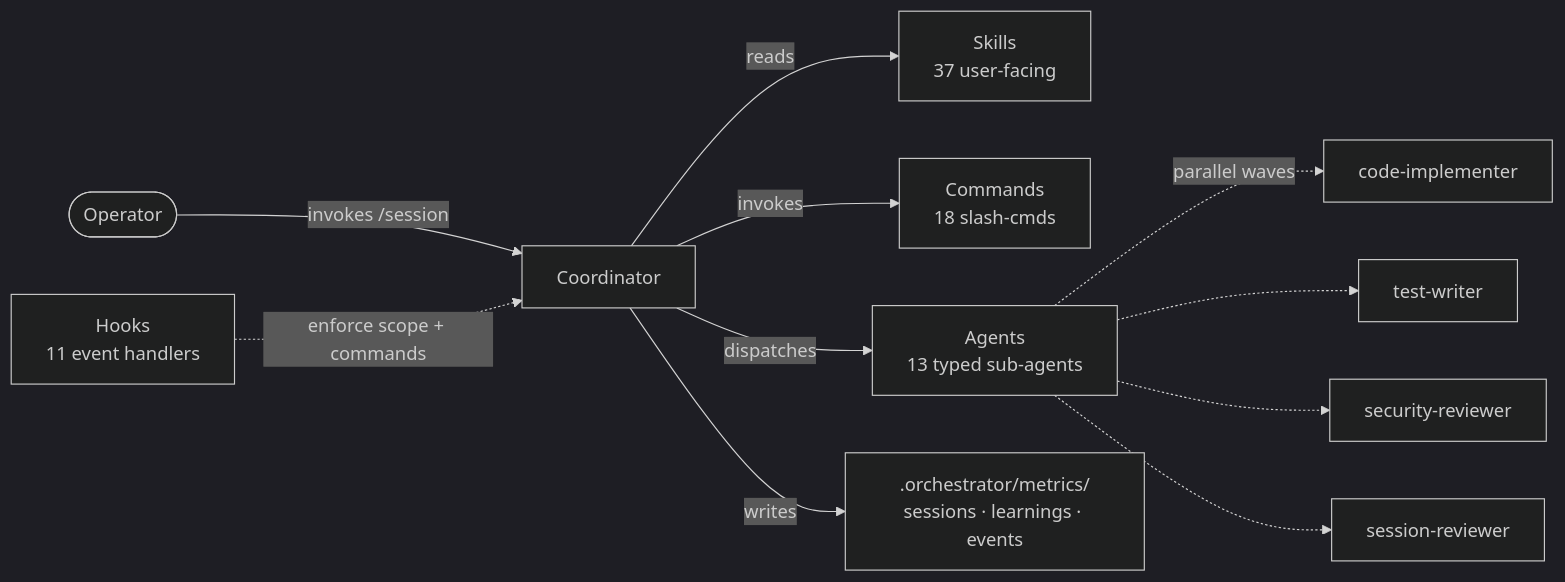
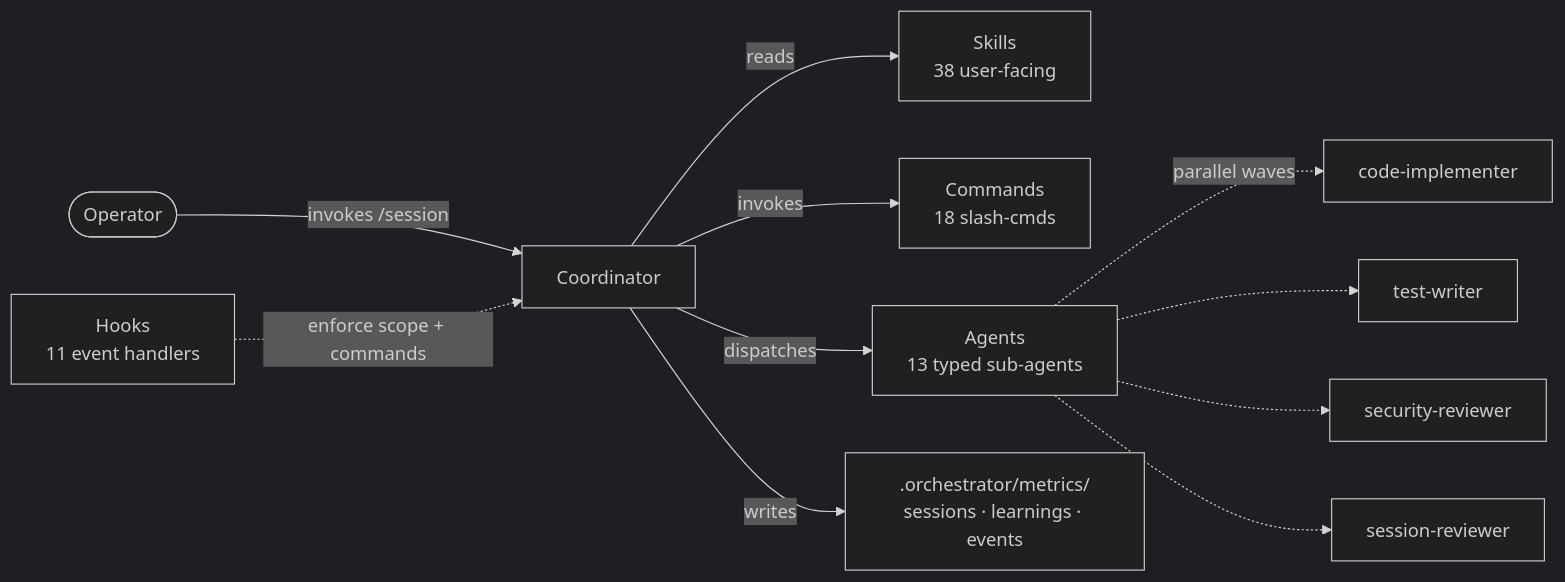
Before and after one commit to Kanevry/session-orchestrator: the third of 3 diagrams in README.md, drawn with Mermaid (dark theme). The commit also changed other lines of this file and 19 other files, not shown here.

````diff
--- a/README.md
+++ b/README.md
@@ -177,13 +177,13 @@
 ```mermaid
 flowchart LR
     USER([Operator]) -->|invokes /session| COORD[Coordinator]
-    COORD -->|reads| SK[Skills<br/>37 user-facing]
+    COORD -->|reads| SK[Skills<br/>38 user-facing]
     COORD -->|invokes| CMD[Commands<br/>18 slash-cmds]
     COORD -->|dispatches| AG[Agents<br/>13 typed sub-agents]
     AG -.->|parallel waves| W1[code-implementer]
     AG -.-> W2[test-writer]
     AG -.-> W3[security-reviewer]
     AG -.-> W4[session-reviewer]
     HOOK[Hooks<br/>11 event handlers] -.->|enforce scope + commands| COORD
     COORD -->|writes| METRIC[.orchestrator/metrics/<br/>sessions · learnings · events]
 ```
````
